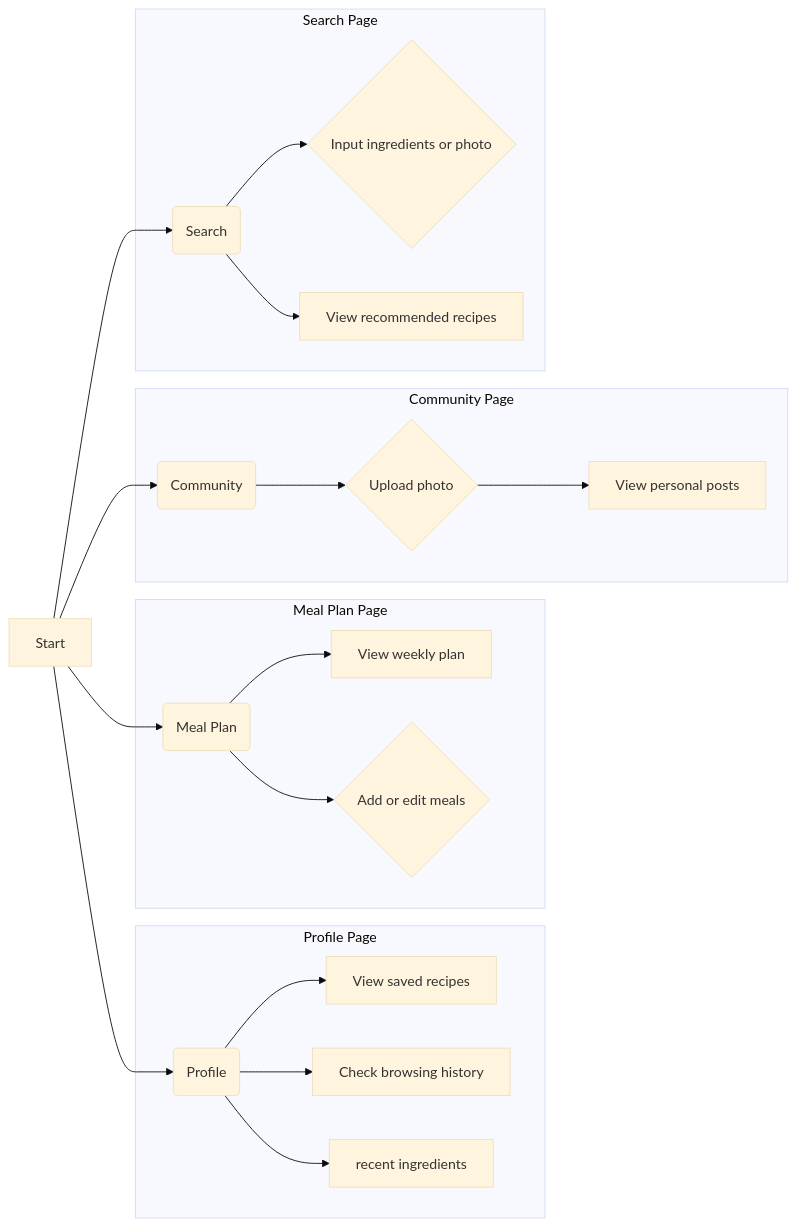
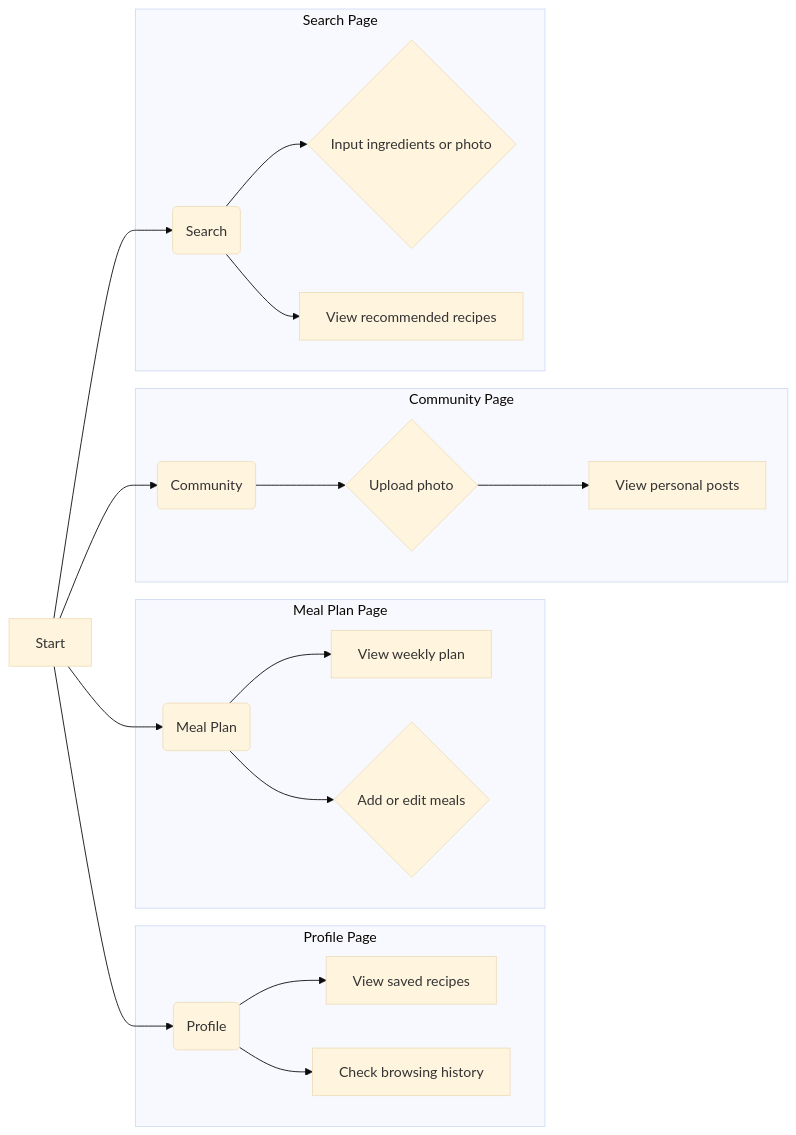
The diagram in all/未命名-2.md (seven8301/iodraw-files), drawn with Mermaid (base theme) before and after one commit.

Commit message:
2025-04-09 19:24:01 update

````diff
--- a/all/未命名-2.md
+++ b/all/未命名-2.md
@@ -1,26 +1,27 @@
 ```mermaid
 graph LR
     A[Start] --> B(Search);
     A --> C(Community);
     A --> D(Meal Plan);
     A --> E(Profile);
 
     
     subgraph "Profile Page"
         E --> L[View saved recipes];
         E --> M[Check browsing history];
-        E --> N[recent ingredients];
+        
     end
       subgraph "Meal Plan Page"
         D --> J[View weekly plan];
         D --> K{Add or edit meals};
     end
      subgraph "Community Page"
         C --> H{Upload photo};
         H --> I[View personal posts];
     end
     subgraph "Search Page"
         B --> F{Input ingredients or photo};
         B --> G[View recommended recipes];
+        
     end
 ```
````
